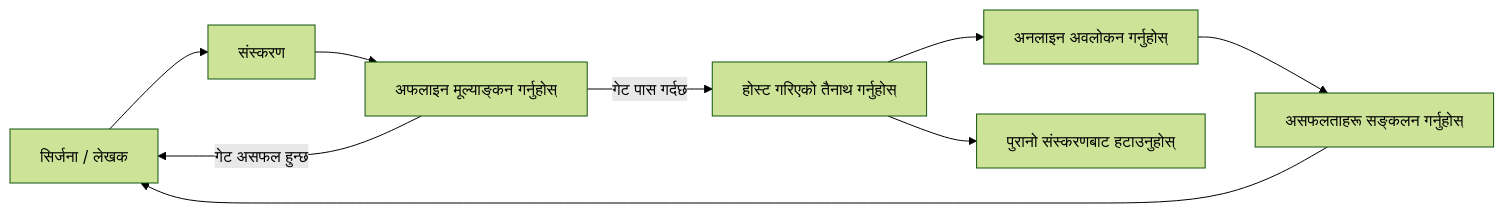
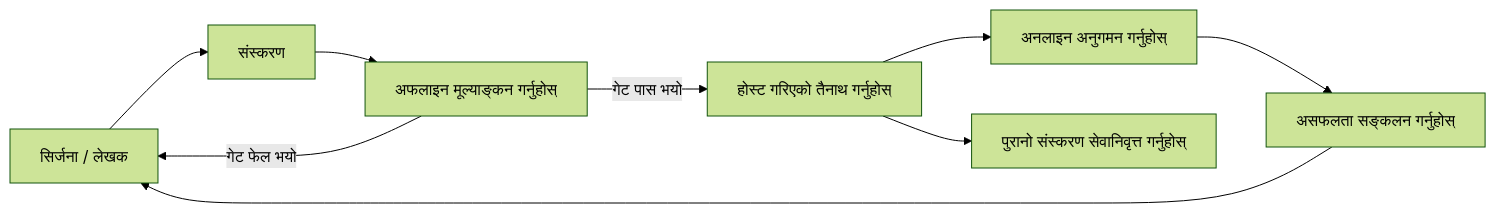
The second of 4 diagrams in translations/ne/16-deploying-scalable-agents/README.md (microsoft/ai-agents-for-beginners), drawn with Mermaid (forest theme) before and after one commit. The commit also changed other lines of this file and 45 other files, not shown here.

````diff
--- a/translations/ne/16-deploying-scalable-agents/README.md
+++ b/translations/ne/16-deploying-scalable-agents/README.md
@@ -108,11 +108,11 @@
 ```mermaid
 flowchart LR
     Create[सिर्जना / लेखक] --> Version[संस्करण]
     Version --> Evaluate[अफलाइन मूल्याङ्कन गर्नुहोस्]
-    Evaluate -->|गेट पास गर्दछ| Deploy[होस्ट गरिएको तैनाथ गर्नुहोस्]
-    Evaluate -->|गेट असफल हुन्छ| Create
-    Deploy --> Observe[अनलाइन अवलोकन गर्नुहोस्]
-    Observe --> Improve[असफलताहरू सङ्कलन गर्नुहोस्]
+    Evaluate -->|गेट पास भयो| Deploy[होस्ट गरिएको तैनाथ गर्नुहोस्]
+    Evaluate -->|गेट फेल भयो| Create
+    Deploy --> Observe[अनलाइन अनुगमन गर्नुहोस्]
+    Observe --> Improve[असफलता सङ्कलन गर्नुहोस्]
     Improve --> Create
-    Deploy --> Retire[पुरानो संस्करणबाट हटाउनुहोस्]
+    Deploy --> Retire[पुरानो संस्करण सेवानिवृत्त गर्नुहोस्]
 ```
````
